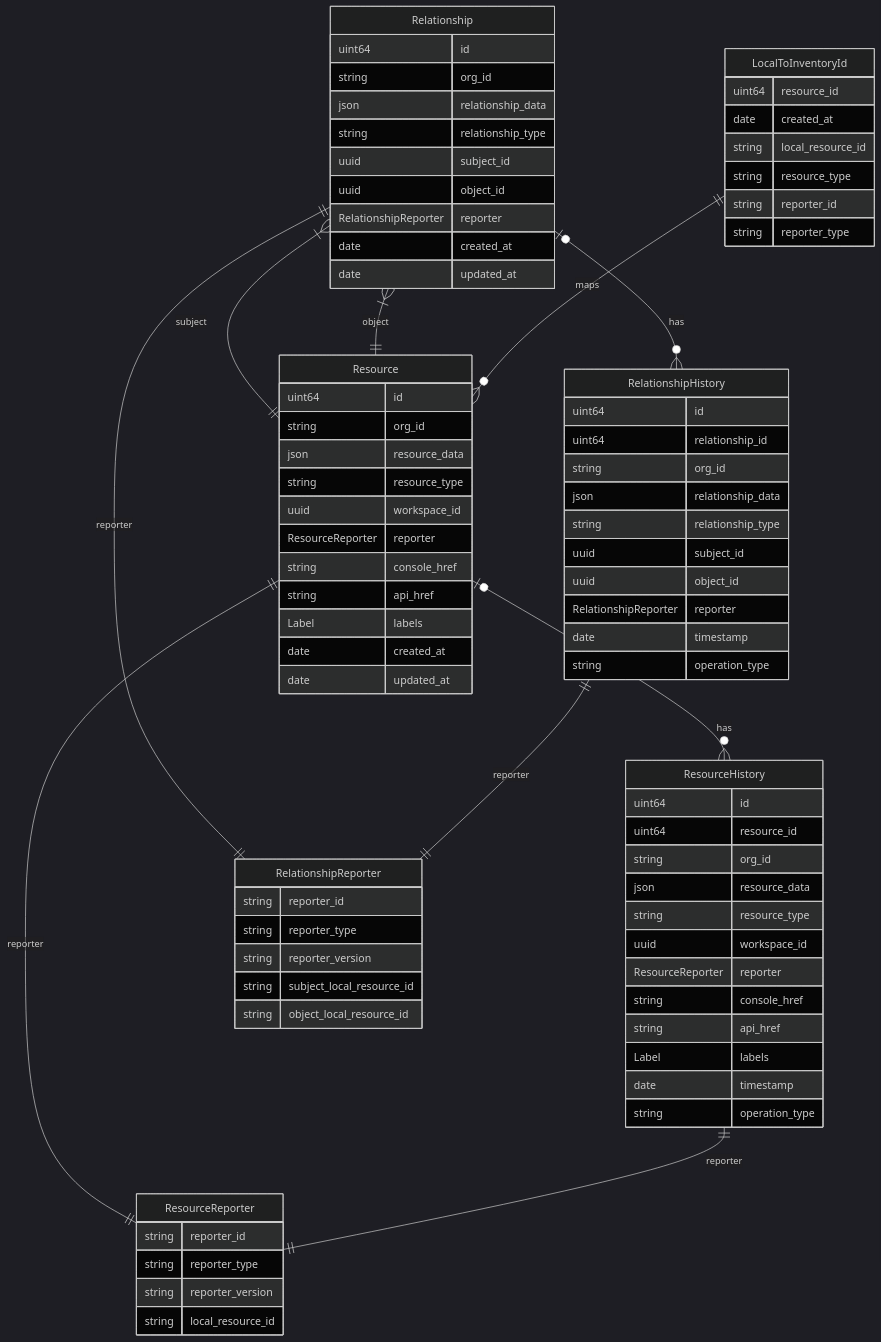
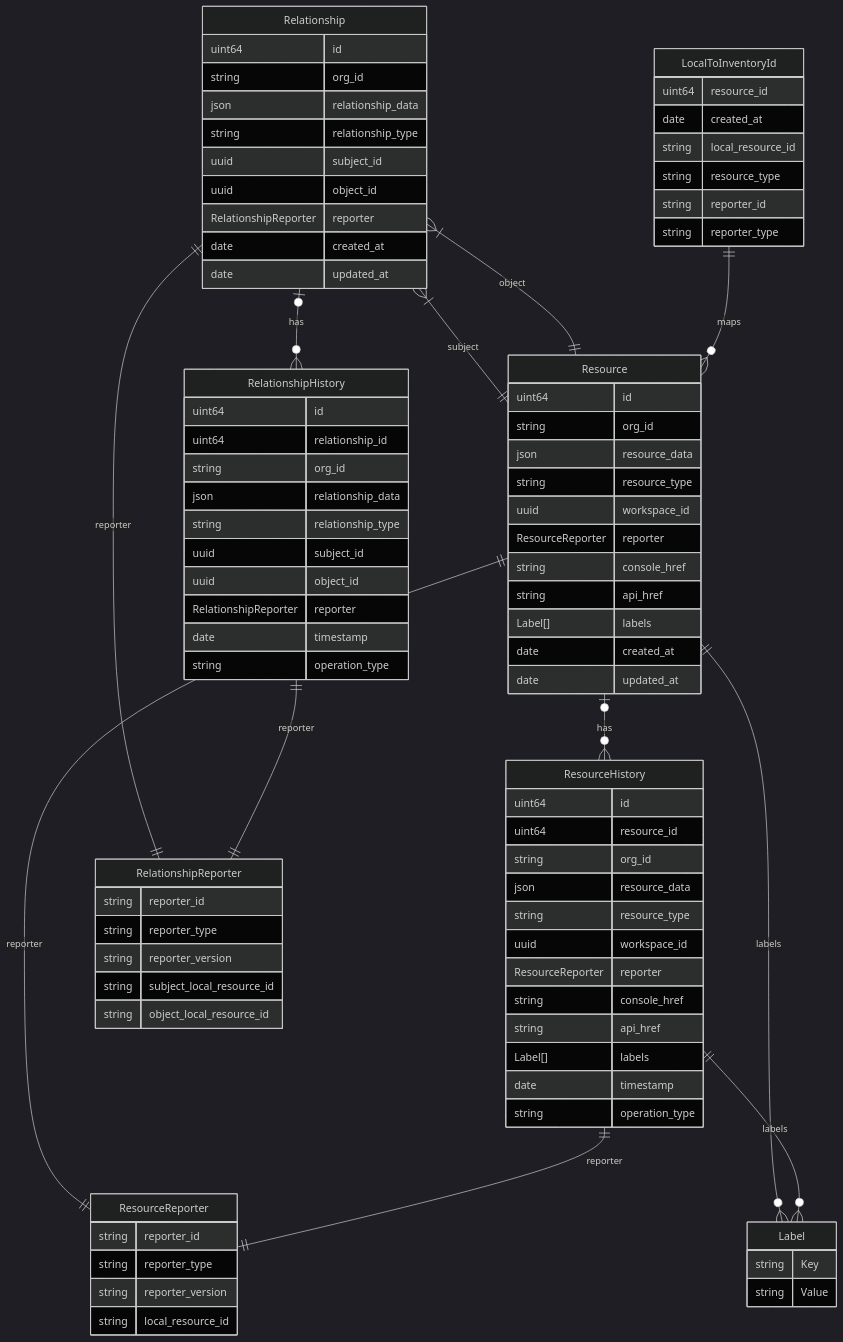
Before and after one commit to project-kessel/docs: the first of 2 diagrams in src/content/docs/start-here/kessel-inventory.md, drawn with Mermaid (dark theme).

Commit message:
Add labels

````diff
--- a/src/content/docs/start-here/kessel-inventory.md
+++ b/src/content/docs/start-here/kessel-inventory.md
@@ -42,7 +42,7 @@
         ResourceReporter reporter
         string console_href
         string api_href
-        Label labels 
+        Label[] labels
         date created_at
         date updated_at
     }
@@ -57,7 +57,7 @@
         ResourceReporter reporter
         string console_href
         string api_href
-        Label labels 
+        Label[] labels
         date timestamp
         string operation_type
     }
@@ -111,6 +111,11 @@
         string object_local_resource_id
     }
 
+    Label["Label<JSON>"] {
+        string Key
+        string Value
+    }
+
     Resource |o--o{ ResourceHistory : has
     Relationship |o--o{ RelationshipHistory : has
 
@@ -123,6 +128,9 @@
 Resource ||--|| ResourceReporter : reporter
 ResourceHistory ||--|| ResourceReporter : reporter
 
+Resource ||--o{ Label : labels
+ResourceHistory ||--o{ Label : labels
+
 Relationship ||--|| RelationshipReporter : reporter
 RelationshipHistory ||--|| RelationshipReporter : reporter
 ```
````
